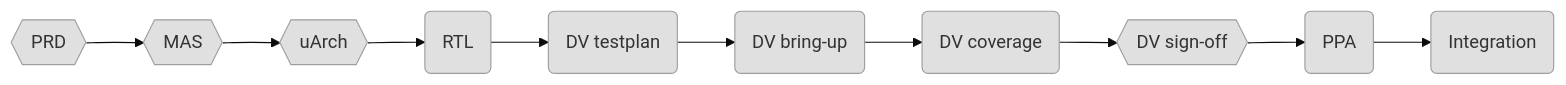
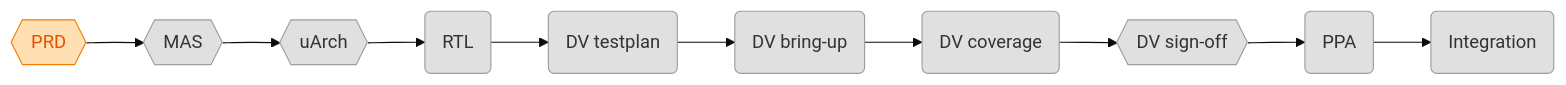
One commit to matanco64/HWSW_Project changed the third of 3 diagrams in hw/PROGRESS.md. Above: the diagram before and after it, drawn with Mermaid (base theme). The commit also changed other lines of this file and 10 other files, not shown here.

First line of the commit message:
hw: mtf_cam PRD (checkpoint 3, in review), golden wrapper + list model with cycle simulation, ADR-0004

````diff
--- a/hw/PROGRESS.md
+++ b/hw/PROGRESS.md
@@ -58,20 +58,21 @@
 ```mermaid
 flowchart LR
     prd{{PRD}}
     mas{{MAS}}
     uarch{{uArch}}
     rtl(RTL)
     dv_testplan(DV testplan)
     dv_bringup(DV bring-up)
     dv_coverage(DV coverage)
     dv_signoff{{DV sign-off}}
     ppa(PPA)
     integration(Integration)
     prd --> mas --> uarch --> rtl --> dv_testplan --> dv_bringup --> dv_coverage --> dv_signoff --> ppa --> integration
     classDef todo fill:#e0e0e0,stroke:#9e9e9e,color:#333
     classDef in_progress fill:#bbdefb,stroke:#1976d2,color:#0d47a1
     classDef review fill:#ffe0b2,stroke:#f57c00,color:#e65100
     classDef done fill:#c8e6c9,stroke:#388e3c,color:#1b5e20
     classDef blocked fill:#ffcdd2,stroke:#d32f2f,color:#b71c1c
-    class prd,mas,uarch,rtl,dv_testplan,dv_bringup,dv_coverage,dv_signoff,ppa,integration todo
+    class mas,uarch,rtl,dv_testplan,dv_bringup,dv_coverage,dv_signoff,ppa,integration todo
+    class prd review
 ```
````
